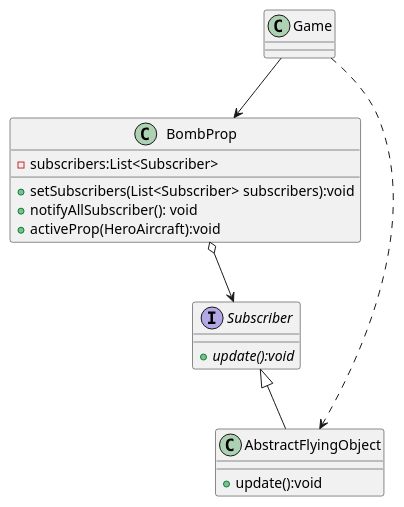
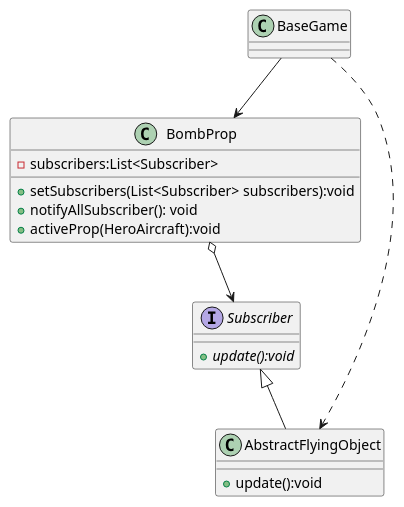
One commit to jirange/aircraft-war changed the diagram in uml/exp6-观察者模式道具UML类图.puml. Above: the diagram before and after it, drawn with PlantUML. The commit also changed 21 other files, not shown here.

```diff
--- a/uml/exp6-观察者模式道具UML类图.puml
+++ b/uml/exp6-观察者模式道具UML类图.puml
@@ -1,24 +1,24 @@
 @startuml
 'https://plantuml.com/sequence-diagram
 
 class BombProp {
 '发布者 publisher
     - subscribers:List<Subscriber>
     + setSubscribers(List<Subscriber> subscribers):void
     + notifyAllSubscriber(): void
     + activeProp(HeroAircraft):void
 }
 interface Subscriber{
 '订阅者接口'
     + {abstract}update():void
 }
 
 BombProp o--> Subscriber
-Game --> BombProp
-Game ..> AbstractFlyingObject
+BaseGame --> BombProp
+BaseGame ..> AbstractFlyingObject
 Subscriber <|-- AbstractFlyingObject
 
 class AbstractFlyingObject {  /'订阅者'/
     + update():void
 }
 @enduml
```
